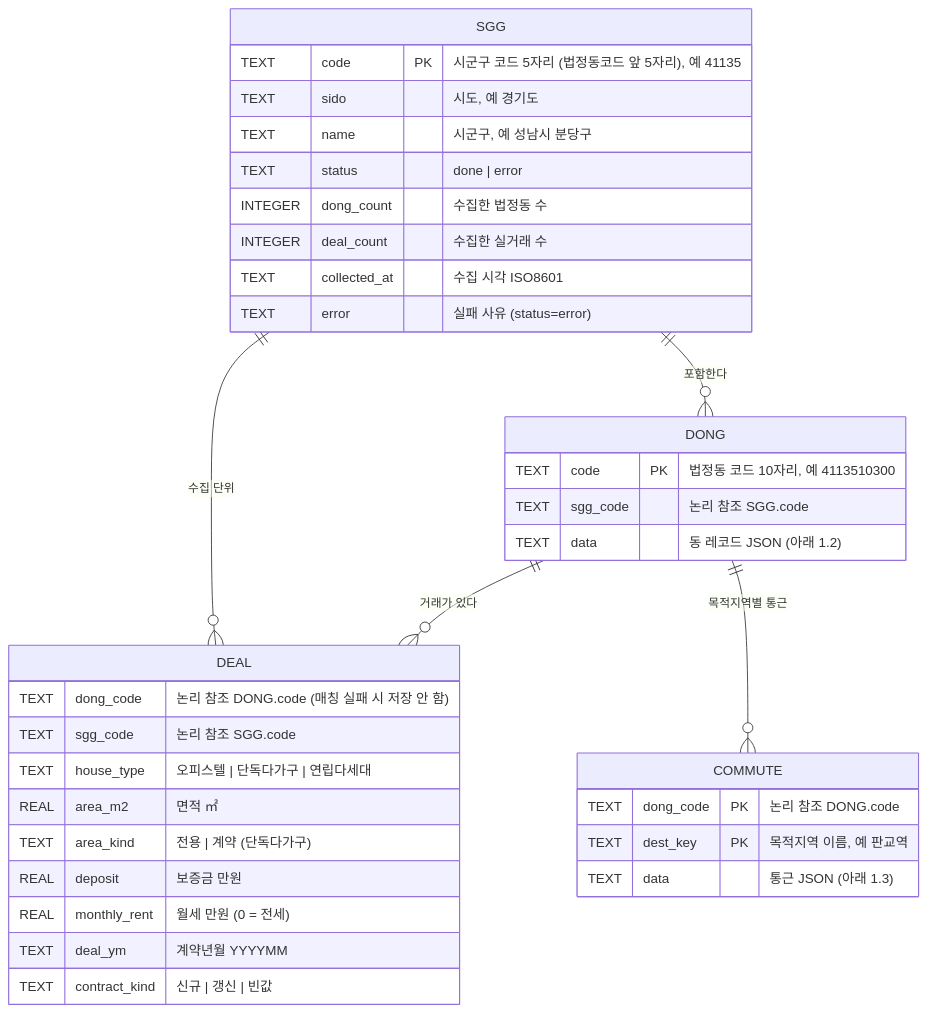
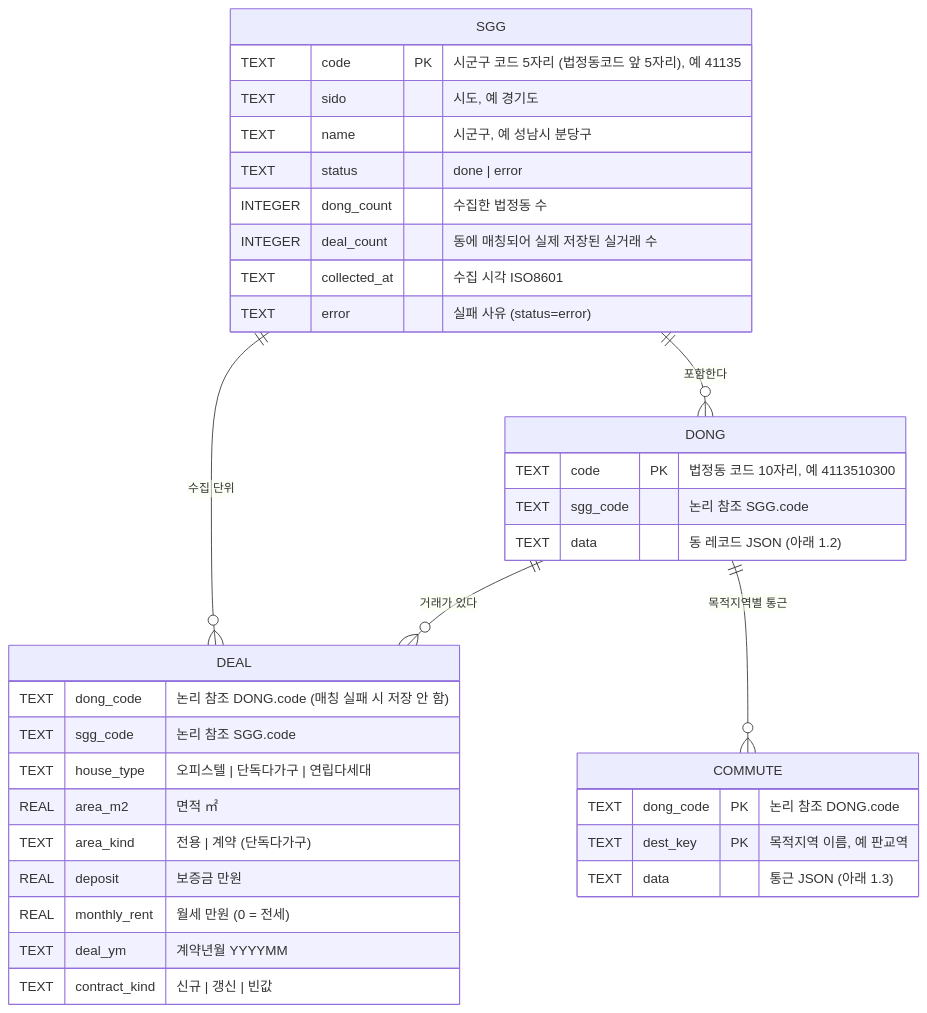
The first of 2 diagrams in Docs/erd.md (PJW32/setter), drawn with Mermaid before and after one commit. The commit also changed other lines of this file and 6 other files, not shown here.

````diff
--- a/Docs/erd.md
+++ b/Docs/erd.md
@@ -16,39 +20,39 @@
 ```mermaid
 erDiagram
     SGG ||--o{ DONG : "포함한다"
     SGG ||--o{ DEAL : "수집 단위"
     DONG ||--o{ DEAL : "거래가 있다"
     DONG ||--o{ COMMUTE : "목적지역별 통근"
 
     SGG {
         TEXT code PK "시군구 코드 5자리 (법정동코드 앞 5자리), 예 41135"
         TEXT sido "시도, 예 경기도"
         TEXT name "시군구, 예 성남시 분당구"
         TEXT status "done | error"
         INTEGER dong_count "수집한 법정동 수"
-        INTEGER deal_count "수집한 실거래 수"
+        INTEGER deal_count "동에 매칭되어 실제 저장된 실거래 수"
         TEXT collected_at "수집 시각 ISO8601"
         TEXT error "실패 사유 (status=error)"
     }
     DONG {
         TEXT code PK "법정동 코드 10자리, 예 4113510300"
         TEXT sgg_code "논리 참조 SGG.code"
         TEXT data "동 레코드 JSON (아래 1.2)"
     }
     DEAL {
         TEXT dong_code "논리 참조 DONG.code (매칭 실패 시 저장 안 함)"
         TEXT sgg_code "논리 참조 SGG.code"
         TEXT house_type "오피스텔 | 단독다가구 | 연립다세대"
         REAL area_m2 "면적 ㎡"
         TEXT area_kind "전용 | 계약 (단독다가구)"
         REAL deposit "보증금 만원"
         REAL monthly_rent "월세 만원 (0 = 전세)"
         TEXT deal_ym "계약년월 YYYYMM"
         TEXT contract_kind "신규 | 갱신 | 빈값"
     }
     COMMUTE {
         TEXT dong_code PK "논리 참조 DONG.code"
         TEXT dest_key PK "목적지역 이름, 예 판교역"
         TEXT data "통근 JSON (아래 1.3)"
     }
 ```
````
